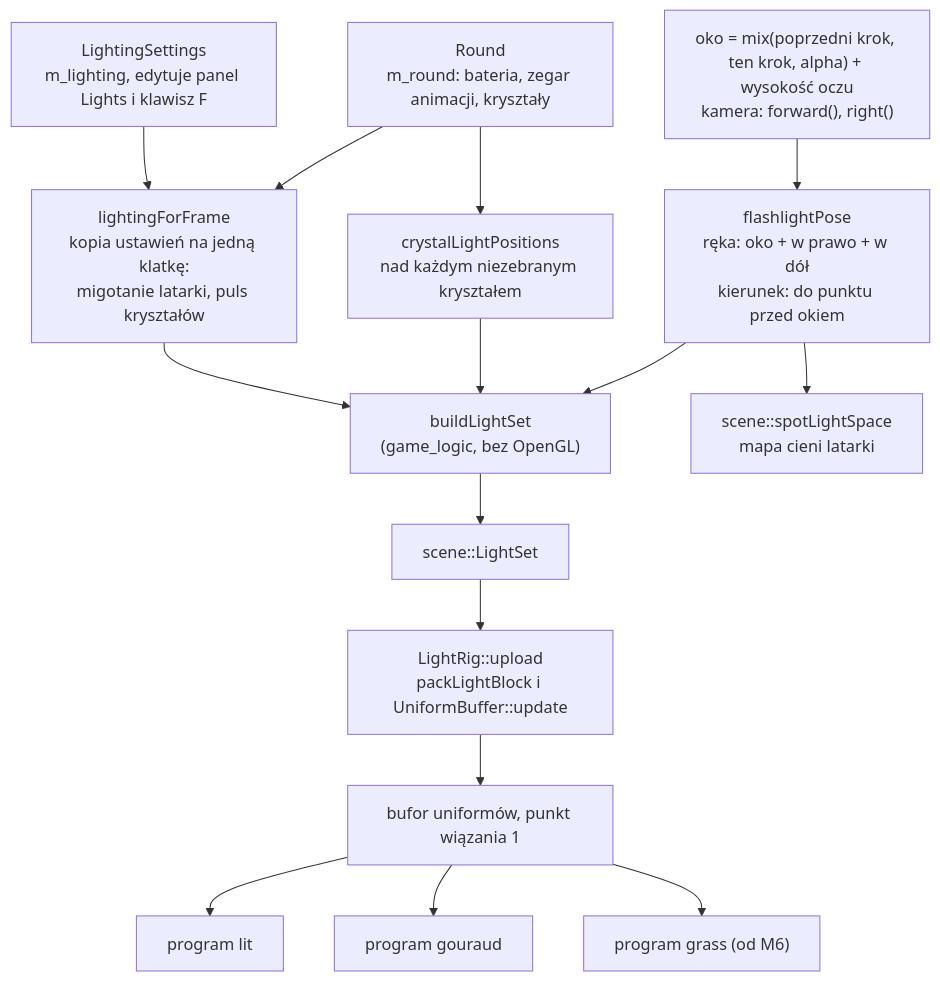
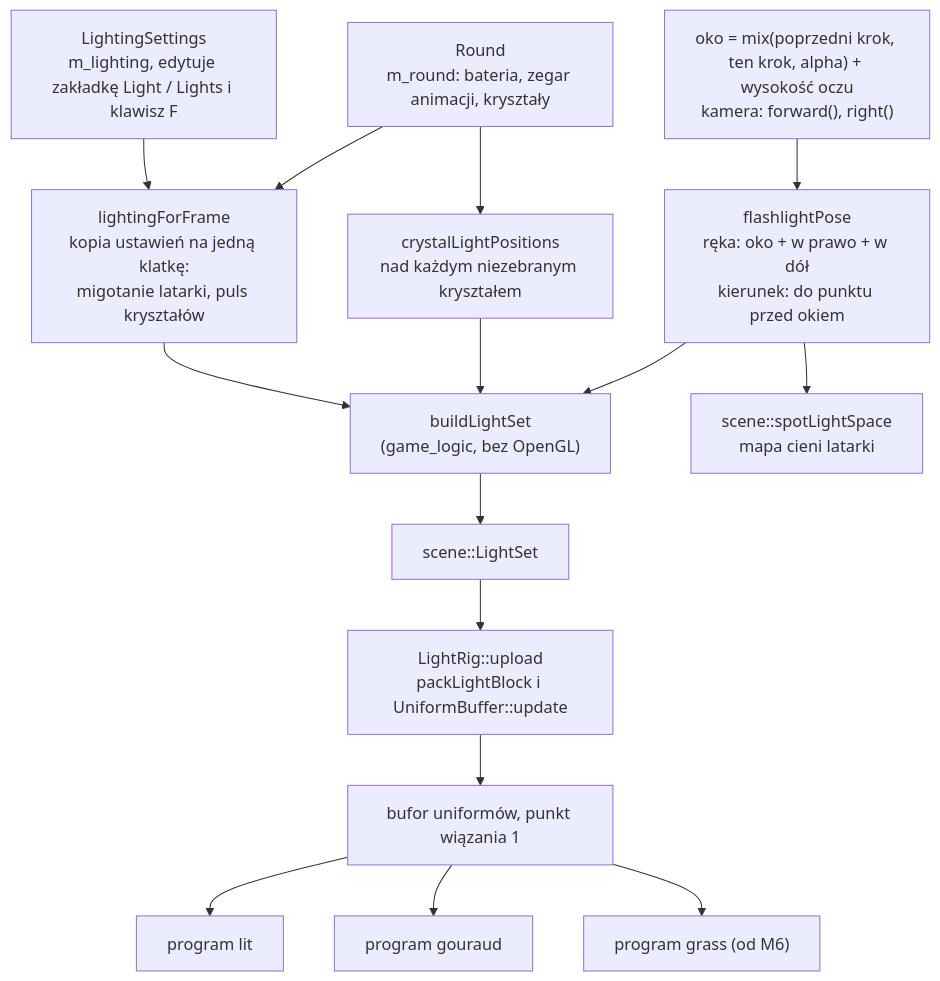
The diagram in docs/modules/game/flashlight.md (Shironex/night-maze), drawn with Mermaid before and after one commit. The commit also changed other lines of this file and 91 other files, not shown here.

````diff
--- a/docs/modules/game/flashlight.md
+++ b/docs/modules/game/flashlight.md
@@ -45,17 +45,17 @@
 ```mermaid
 flowchart TD
-    Settings["LightingSettings<br>m_lighting, edytuje panel Lights i klawisz F"] --> Frame
+    Settings["LightingSettings<br>m_lighting, edytuje zakładkę Light / Lights i klawisz F"] --> Frame
     RoundState["Round<br>m_round: bateria, zegar animacji, kryształy"] --> Frame
     Frame["lightingForFrame<br>kopia ustawień na jedną klatkę:<br>migotanie latarki, puls kryształów"] --> Build
     RoundState --> Positions["crystalLightPositions<br>nad każdym niezebranym kryształem"]
     Positions --> Build
     Eye["oko = mix(poprzedni krok, ten krok, alpha) + wysokość oczu<br>kamera: forward(), right()"] --> Pose["flashlightPose<br>ręka: oko + w prawo + w dół<br>kierunek: do punktu przed okiem"]
     Pose --> Build
     Pose --> ShadowMap["scene::spotLightSpace<br>mapa cieni latarki"]
     Build["buildLightSet<br>(game_logic, bez OpenGL)"] --> Set["scene::LightSet"]
     Set --> Upload["LightRig::upload<br>packLightBlock i UniformBuffer::update"]
     Upload --> Card["bufor uniformów, punkt wiązania 1"]
     Card --> Lit["program lit"]
     Card --> Gouraud["program gouraud"]
     Card --> Grass["program grass (od M6)"]
 ```
````
